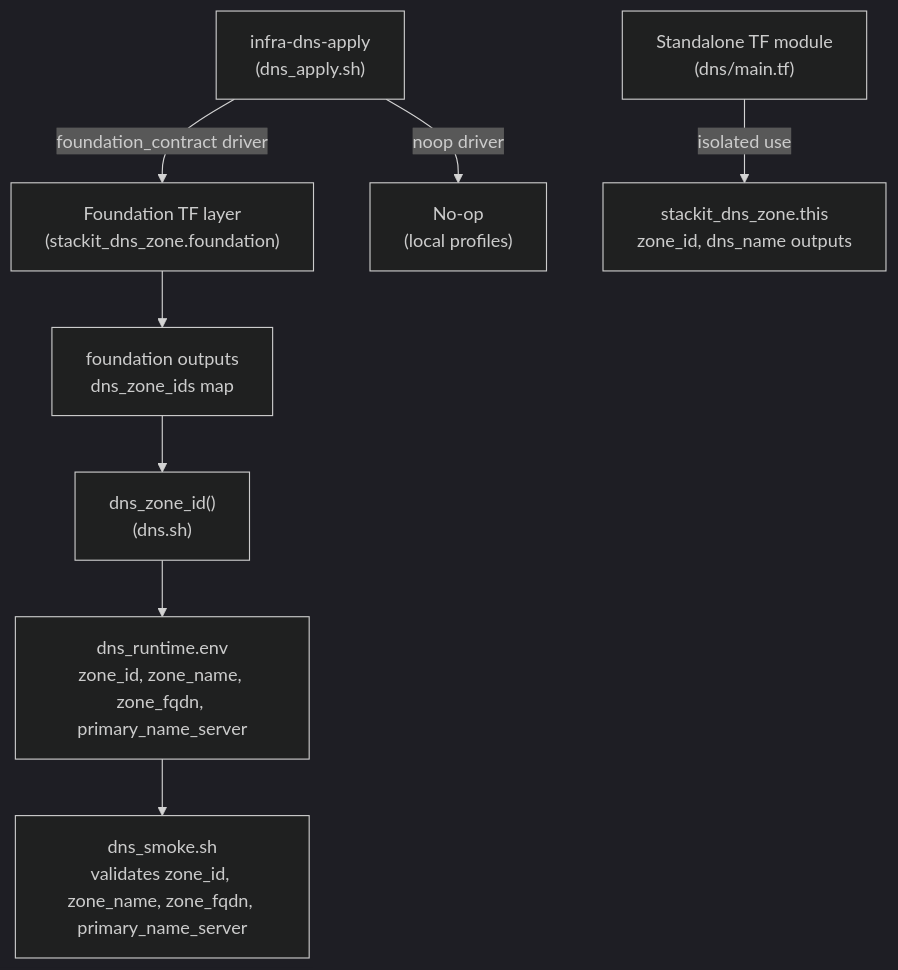
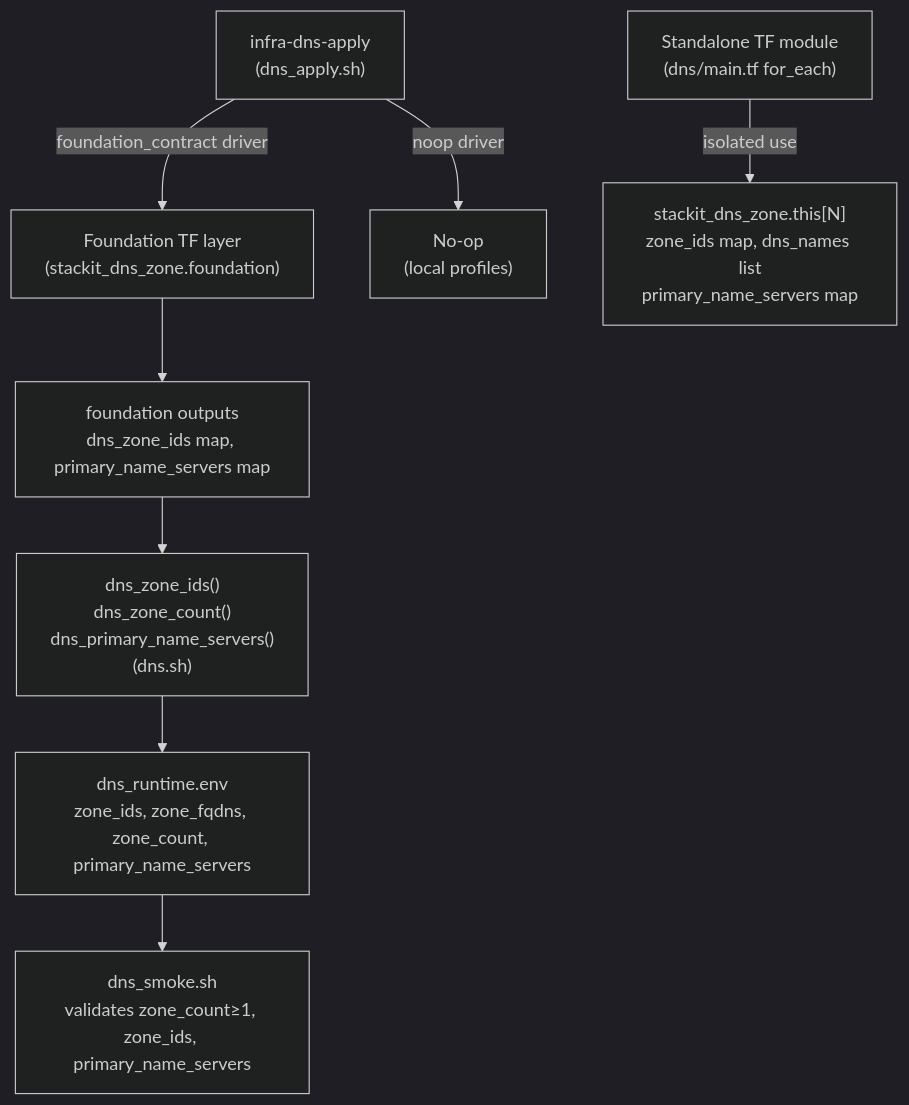
The diagram in specs/2026-05-17-issue-248-dns-module/architecture.md (sbonoc/stackit-platform-blueprint), drawn with Mermaid (dark theme) before and after one commit. The commit also changed other lines of this file and 15 other files, not shown here.

Commit message:
feat(issue-248-dns-module): multi-zone — for_each, DNS_NAMING_PREFIX, plural outputs + spec update

````diff
--- a/specs/2026-05-17-issue-248-dns-module/architecture.md
+++ b/specs/2026-05-17-issue-248-dns-module/architecture.md
@@ -27,10 +27,10 @@
 ```mermaid
 flowchart TD
     A["infra-dns-apply\n(dns_apply.sh)"] -->|foundation_contract driver| B["Foundation TF layer\n(stackit_dns_zone.foundation)"]
     A -->|noop driver| C["No-op\n(local profiles)"]
-    B --> D["foundation outputs\ndns_zone_ids map"]
-    D --> E["dns_zone_id()\n(dns.sh)"]
-    E --> F["dns_runtime.env\nzone_id, zone_name, zone_fqdn, primary_name_server"]
-    F --> G["dns_smoke.sh\nvalidates zone_id, zone_name, zone_fqdn, primary_name_server"]
-    H["Standalone TF module\n(dns/main.tf)"] -->|isolated use| I["stackit_dns_zone.this\nzone_id, dns_name outputs"]
+    B --> D["foundation outputs\ndns_zone_ids map, primary_name_servers map"]
+    D --> E["dns_zone_ids()\ndns_zone_count()\ndns_primary_name_servers()\n(dns.sh)"]
+    E --> F["dns_runtime.env\nzone_ids, zone_fqdns, zone_count, primary_name_servers"]
+    F --> G["dns_smoke.sh\nvalidates zone_count≥1, zone_ids, primary_name_servers"]
+    H["Standalone TF module\n(dns/main.tf for_each)"] -->|isolated use| I["stackit_dns_zone.this[N]\nzone_ids map, dns_names list\nprimary_name_servers map"]
 ```
````
